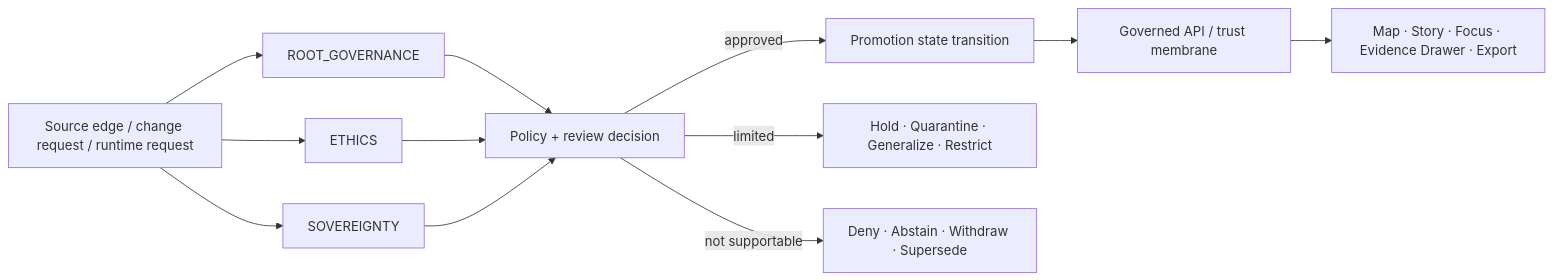
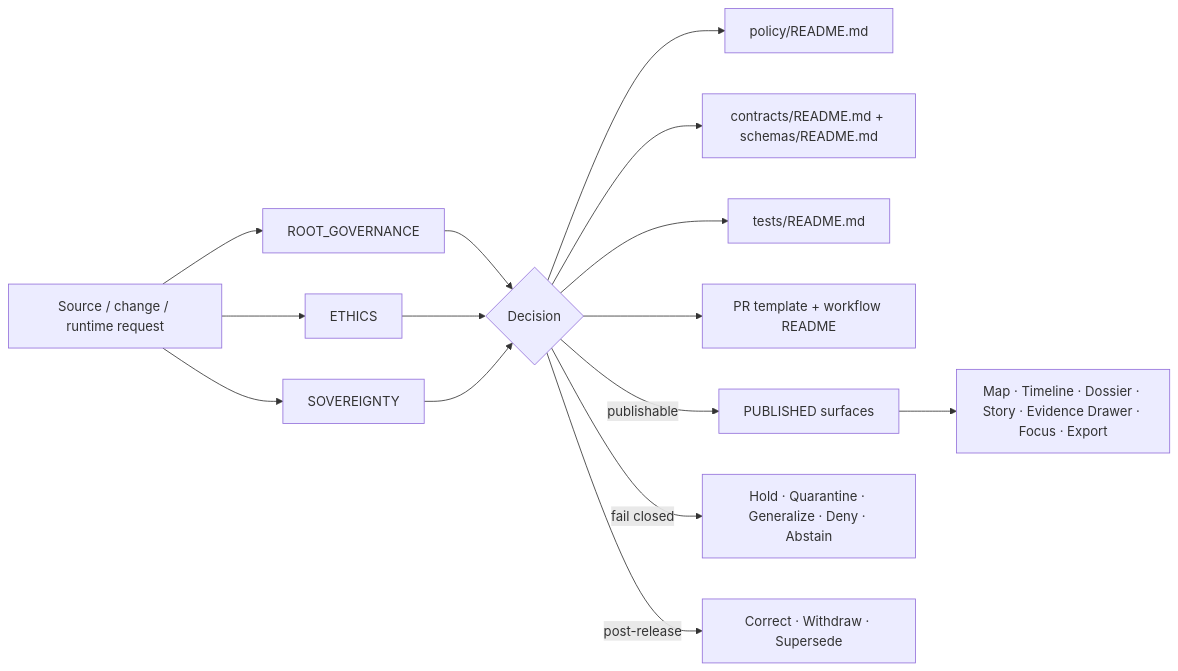
One commit to bartytime4life/Kansas-Frontier-Matrix changed the diagram in docs/governance/README.md. Above: the diagram before and after it, drawn with Mermaid. The commit also changed other lines of this file, not shown here.

First line of the commit message:
Revise governance README for clarity and updates

````diff
--- a/docs/governance/README.md
+++ b/docs/governance/README.md
@@ -128,17 +141,21 @@
 ```mermaid
 flowchart LR
-    A[Source edge / change request / runtime request] --> B[ROOT_GOVERNANCE]
+    A[Source / change / runtime request] --> B[ROOT_GOVERNANCE]
     A --> C[ETHICS]
     A --> D[SOVEREIGNTY]
 
-    B --> E[Policy + review decision]
+    B --> E{Decision}
     C --> E
     D --> E
 
-    E -->|approved| F[Promotion state transition]
-    F --> G[Governed API / trust membrane]
-    G --> H[Map · Story · Focus · Evidence Drawer · Export]
+    E --> F[policy/README.md]
+    E --> G[contracts/README.md + schemas/README.md]
+    E --> H[tests/README.md]
+    E --> I[PR template + workflow README]
 
-    E -->|limited| I[Hold · Quarantine · Generalize · Restrict]
-    E -->|not supportable| J[Deny · Abstain · Withdraw · Supersede]
+    E -->|publishable| J[PUBLISHED surfaces]
+    J --> K[Map · Timeline · Dossier · Story · Evidence Drawer · Focus · Export]
+
+    E -->|fail closed| L[Hold · Quarantine · Generalize · Deny · Abstain]
+    E -->|post-release| M[Correct · Withdraw · Supersede]
 ```
````
